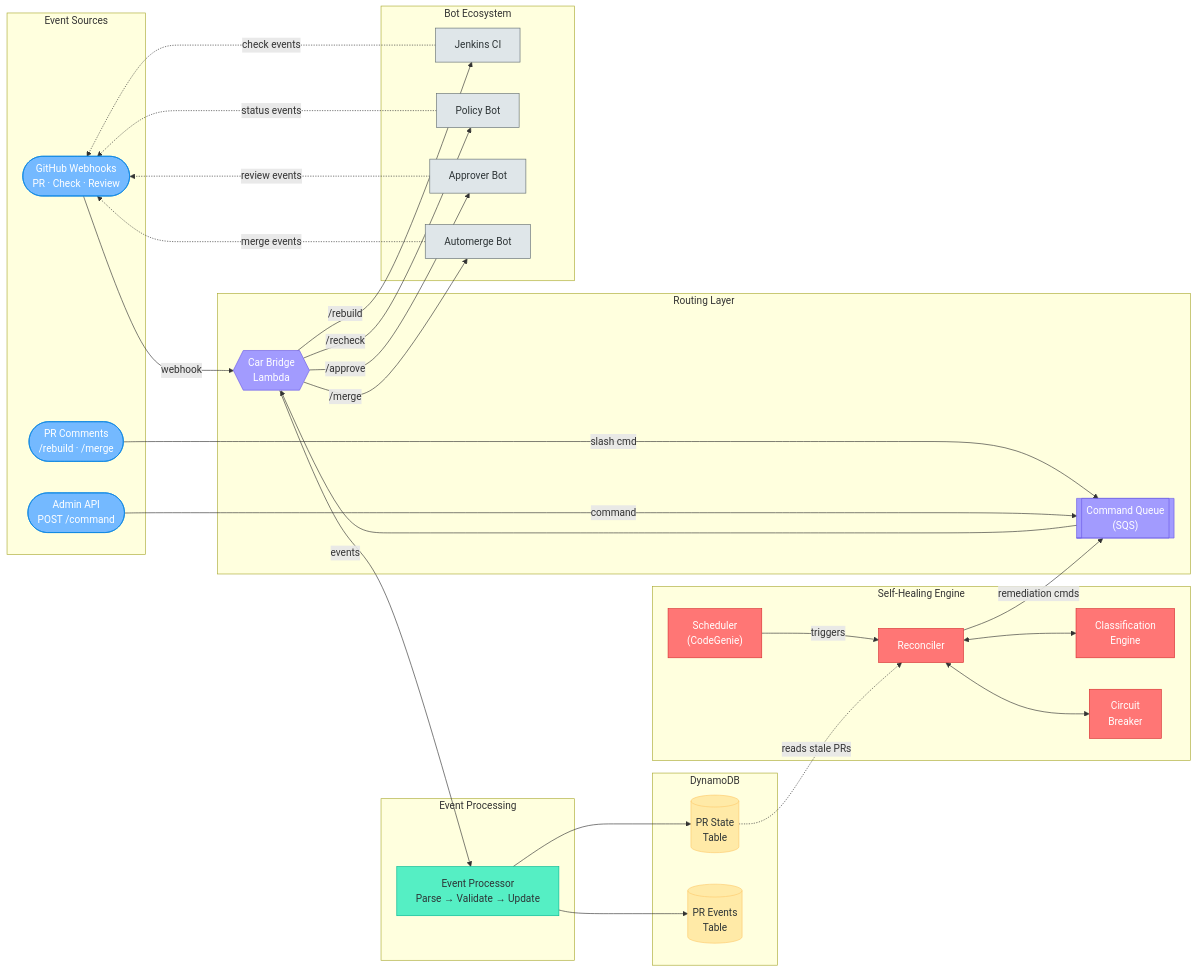
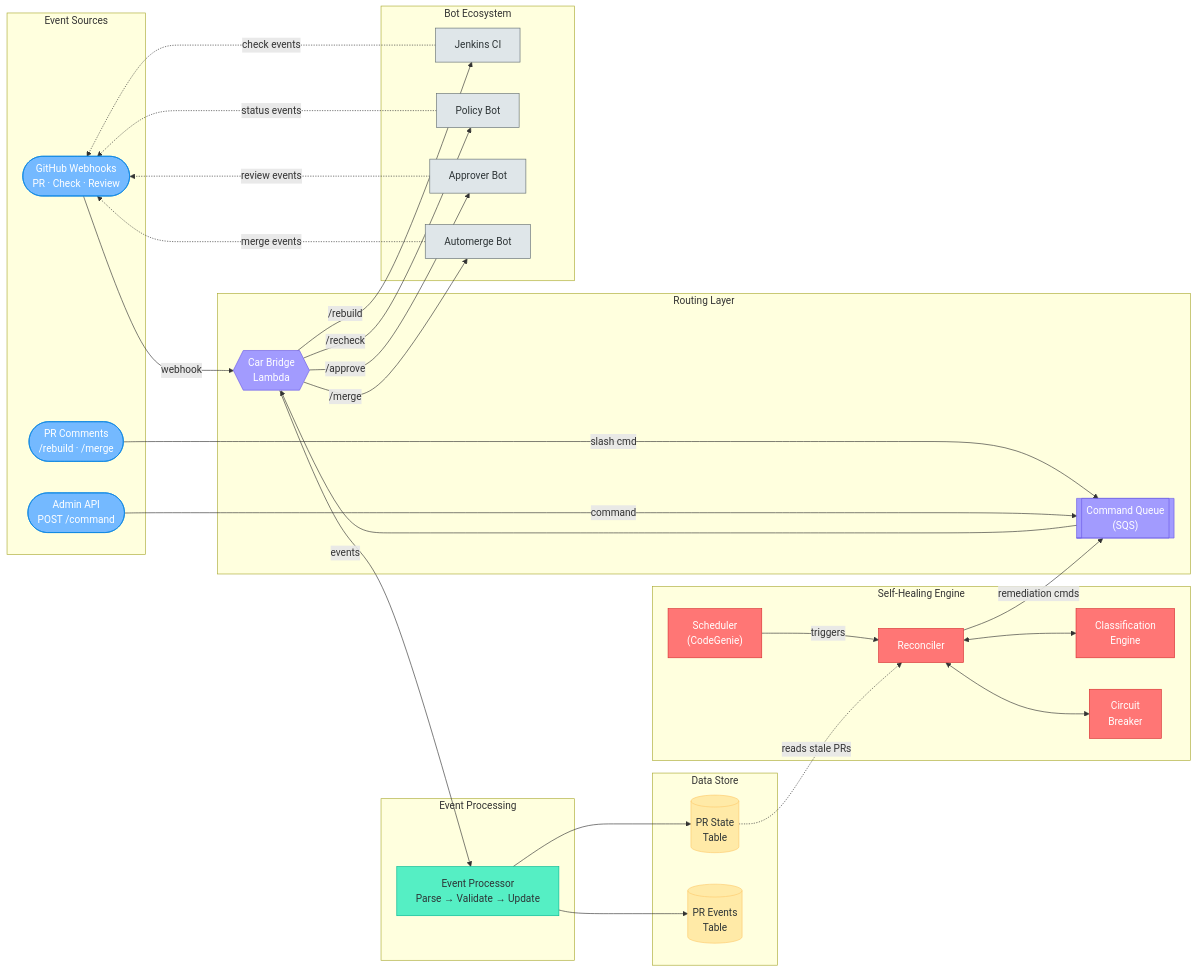
Before and after one commit to Dannytrev21/AutoMergeMedic: the first of 4 diagrams in self-healing-flow-diagrams.md, drawn with Mermaid. The commit also changed other lines of this file and 8 other files, not shown here.

Commit message:
updating diagrams

````diff
--- a/self-healing-flow-diagrams.md
+++ b/self-healing-flow-diagrams.md
@@ -11,75 +11,75 @@
 ```mermaid
 flowchart LR
     subgraph sources["Event Sources"]
         GH(["GitHub Webhooks<br/>PR · Check · Review"])
         CMT(["PR Comments<br/>/rebuild · /merge"])
         ADM(["Admin API<br/>POST /command"])
     end
 
     subgraph routing["Routing Layer"]
         CQ[["Command Queue<br/>(SQS)"]]
         CB{{"Car Bridge<br/>Lambda"}}
     end
 
     subgraph process["Event Processing"]
         EP["Event Processor<br/>Parse → Validate → Update"]
     end
 
-    subgraph store["DynamoDB"]
+    subgraph store["Data Store"]
         ST[("PR State<br/>Table")]
         ET[("PR Events<br/>Table")]
     end
 
     subgraph heal["Self-Healing Engine"]
         SCH["Scheduler<br/>(CodeGenie)"]
         REC["Reconciler"]
         CLS["Classification<br/>Engine"]
         CIR["Circuit<br/>Breaker"]
     end
 
     subgraph bots["Bot Ecosystem"]
         JK["Jenkins CI"]
         PB["Policy Bot"]
         AB["Approver Bot"]
         AM["Automerge Bot"]
     end
 
     GH -->|webhook| CB
     CMT -->|slash cmd| CQ
     ADM -->|command| CQ
     CQ --> CB
 
     CB -->|events| EP
     CB -->|/rebuild| JK
     CB -->|/recheck| PB
     CB -->|/approve| AB
     CB -->|/merge| AM
 
     EP --> ST
     EP --> ET
 
     SCH -->|triggers| REC
     ST -.->|reads stale PRs| REC
     REC <--> CLS
     REC <--> CIR
     REC -->|remediation cmds| CQ
 
     JK -.->|check events| GH
     PB -.->|status events| GH
     AB -.->|review events| GH
     AM -.->|merge events| GH
 
     classDef src fill:#74b9ff,stroke:#0984e3,color:#fff
     classDef rte fill:#a29bfe,stroke:#6c5ce7,color:#fff
     classDef prc fill:#55efc4,stroke:#00b894,color:#2d3436
     classDef sto fill:#ffeaa7,stroke:#fdcb6e,color:#2d3436
     classDef hlg fill:#ff7675,stroke:#d63031,color:#fff
     classDef bot fill:#dfe6e9,stroke:#636e72,color:#2d3436
 
     class GH,CMT,ADM src
     class CQ,CB rte
     class EP prc
     class ST,ET sto
     class SCH,REC,CLS,CIR hlg
     class JK,PB,AB,AM bot
 ```
````
